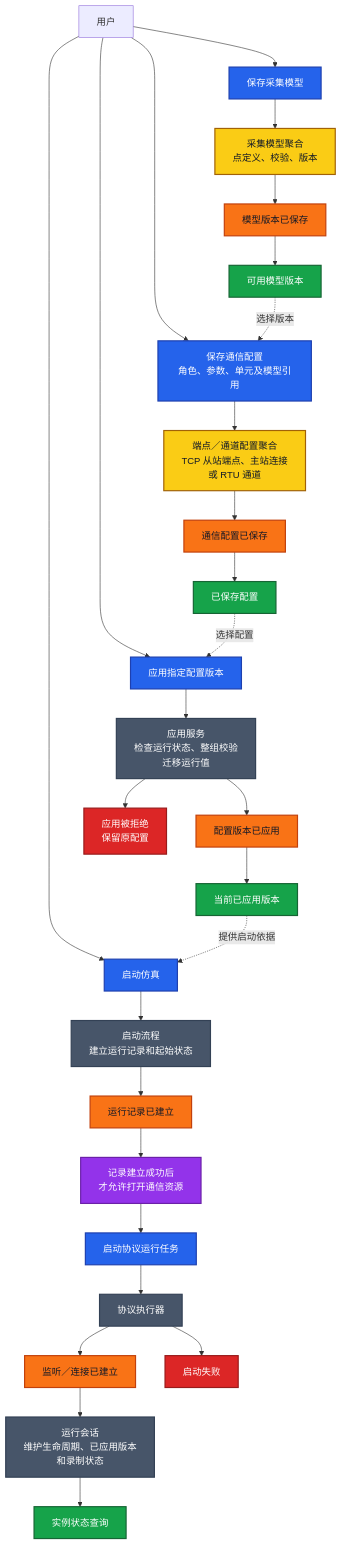
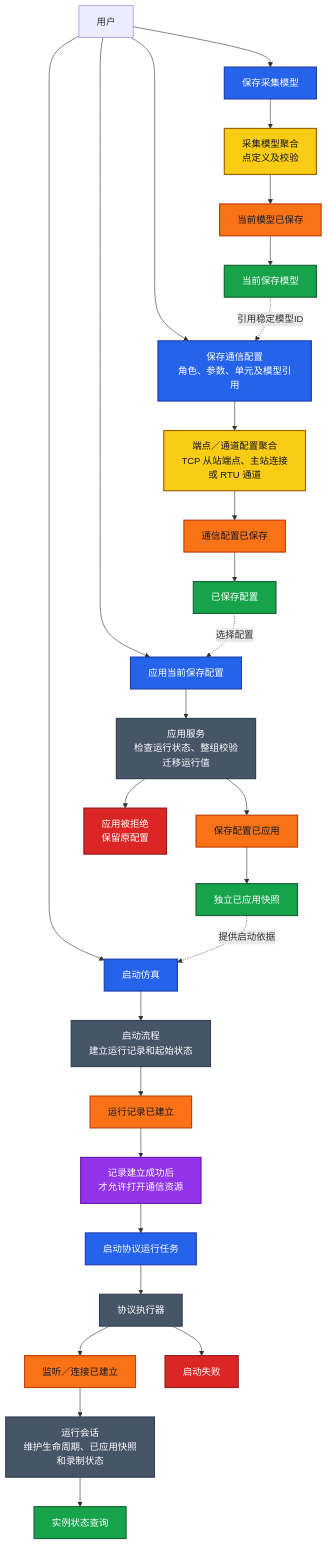
One commit to r1005410078/essim changed the second of 4 diagrams in docs/design/modbus-event-storming.md. Above: the diagram before and after it, drawn with Mermaid. The commit also changed other lines of this file and 131 other files, not shown here.

````diff
--- a/docs/design/modbus-event-storming.md
+++ b/docs/design/modbus-event-storming.md
@@ -15,43 +105,43 @@
 ```mermaid
 flowchart TD
     USER["用户"]
 
     USER --> CM["保存采集模型"]:::command
-    CM --> MODEL["采集模型聚合<br/>点定义、校验、版本"]:::aggregate
-    MODEL --> ME["模型版本已保存"]:::event
-    ME --> MV["可用模型版本"]:::view
+    CM --> MODEL["采集模型聚合<br/>点定义及校验"]:::aggregate
+    MODEL --> ME["当前模型已保存"]:::event
+    ME --> MV["当前保存模型"]:::view
 
     USER --> CC["保存通信配置<br/>角色、参数、单元及模型引用"]:::command
-    MV -.选择版本.-> CC
+    MV -.引用稳定模型ID.-> CC
     CC --> CONFIG["端点／通道配置聚合<br/>TCP 从站端点、主站连接<br/>或 RTU 通道"]:::aggregate
     CONFIG --> CE["通信配置已保存"]:::event
     CE --> CV["已保存配置"]:::view
 
-    USER --> CA["应用指定配置版本"]:::command
+    USER --> CA["应用当前保存配置"]:::command
     CV -.选择配置.-> CA
     CA --> APPLY["应用服务<br/>检查运行状态、整组校验<br/>迁移运行值"]:::component
-    APPLY --> AE["配置版本已应用"]:::event
+    APPLY --> AE["保存配置已应用"]:::event
     APPLY --> REJECT["应用被拒绝<br/>保留原配置"]:::failure
-    AE --> AV["当前已应用版本"]:::view
+    AE --> AV["独立已应用快照"]:::view
 
     USER --> CS["启动仿真"]:::command
     AV -.提供启动依据.-> CS
     CS --> START["启动流程<br/>建立运行记录和起始状态"]:::component
     START --> READY["运行记录已建立"]:::event
     READY --> POLICY["记录建立成功后<br/>才允许打开通信资源"]:::policy
     POLICY --> OPEN["启动协议运行任务"]:::command
     OPEN --> TASK["协议执行器"]:::component
     TASK --> RUNNING["监听／连接已建立"]:::event
     TASK --> FAILED["启动失败"]:::failure
 
-    RUNNING --> SESSION["运行会话<br/>维护生命周期、已应用版本<br/>和录制状态"]:::component
+    RUNNING --> SESSION["运行会话<br/>维护生命周期、已应用快照<br/>和录制状态"]:::component
     SESSION --> STATUS["实例状态查询"]:::view
 
     classDef command fill:#2563EB,stroke:#1E40AF,color:#FFFFFF,stroke-width:2px;
     classDef aggregate fill:#FACC15,stroke:#A16207,color:#111827,stroke-width:2px;
     classDef event fill:#F97316,stroke:#C2410C,color:#111827,stroke-width:2px;
     classDef policy fill:#9333EA,stroke:#6B21A8,color:#FFFFFF,stroke-width:2px;
     classDef view fill:#16A34A,stroke:#166534,color:#FFFFFF,stroke-width:2px;
     classDef component fill:#475569,stroke:#334155,color:#FFFFFF,stroke-width:2px;
     classDef failure fill:#DC2626,stroke:#991B1B,color:#FFFFFF,stroke-width:2px;
 ```
````
